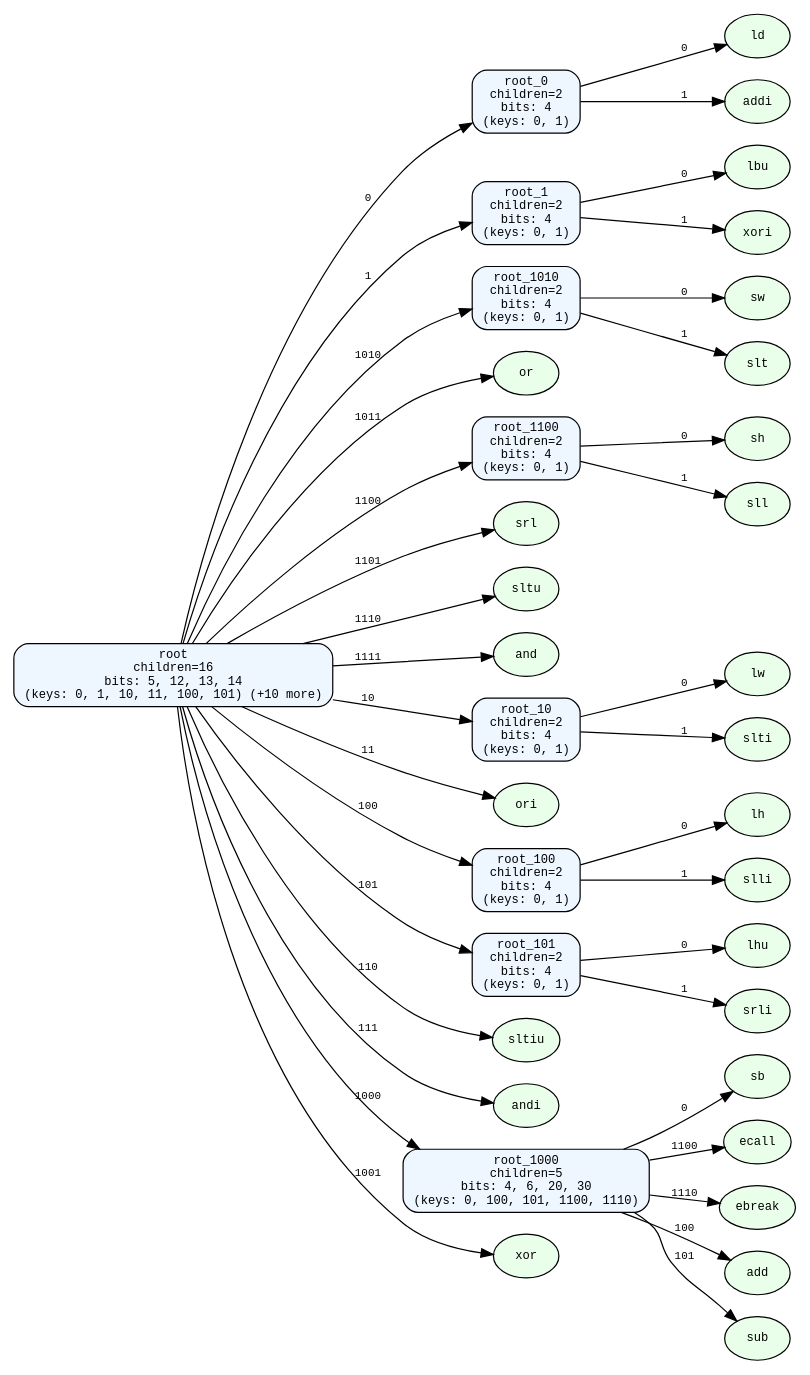
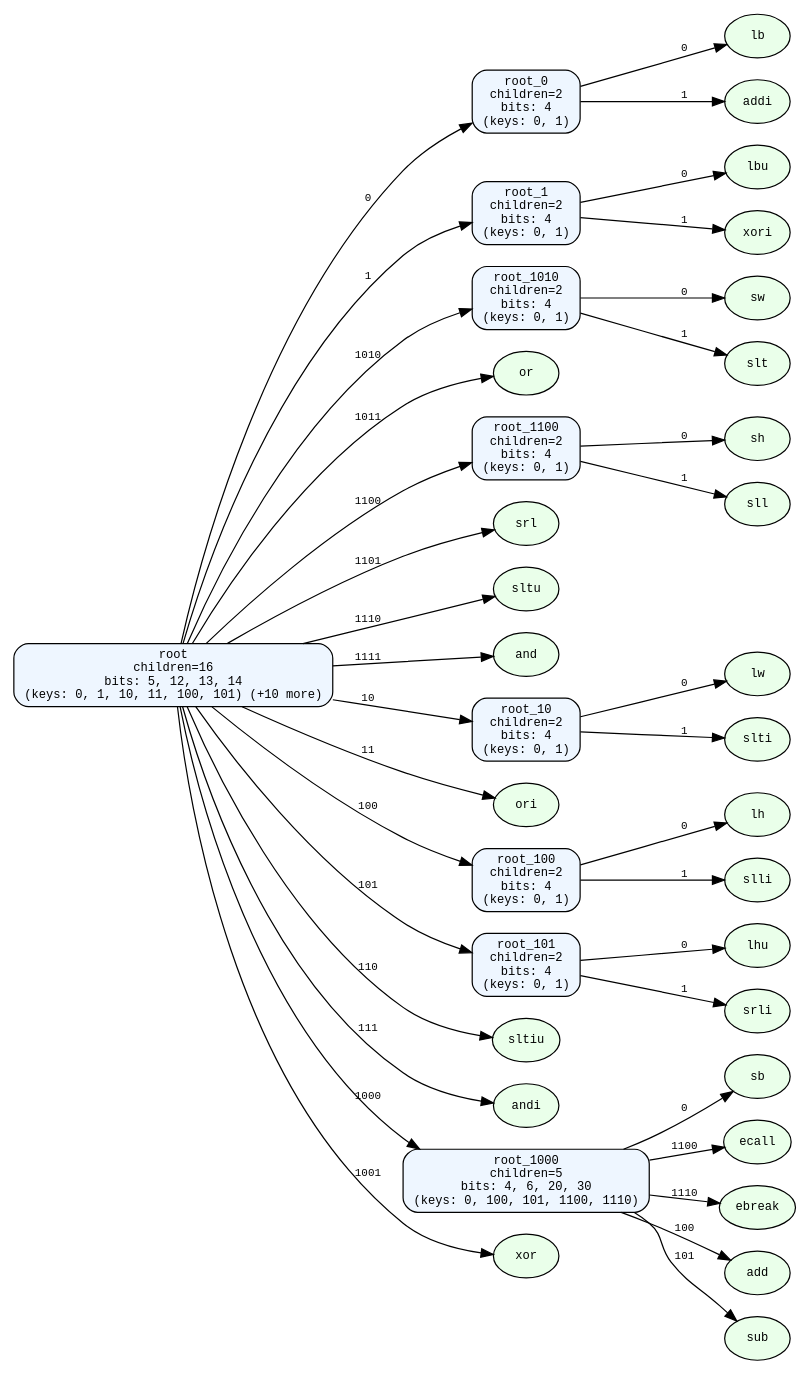
Before and after one commit to Barkir/ProtDSL: the diagram in dot/tree.dot, drawn with Graphviz. The commit also changed 12 other files, not shown here.

```diff
--- a/dot/tree.dot
+++ b/dot/tree.dot
@@ -1,77 +1,77 @@
 digraph Decoder {
   rankdir=LR;
   graph [fontname="Helvetica"];
   node [shape=box, style="rounded,filled", fillcolor="#f8fbff", fontname="monospace", fontsize=10];
   edge [fontname="monospace", fontsize=9];
   "root" [label="root\nchildren=16\nbits: 5, 12, 13, 14\n(keys: 0, 1, 10, 11, 100, 101) (+10 more)", fillcolor="#eef6ff"];
   "root" -> "root_0" [label="0"];
   "root_0" [label="root_0\nchildren=2\nbits: 4\n(keys: 0, 1)", fillcolor="#eef6ff"];
   "root_0" -> "root_0_0" [label="0"];
-  "root_0_0" [label="ld", shape=ellipse, fillcolor="#eaffea"];
+  "root_0_0" [label="lb", shape=ellipse, fillcolor="#eaffea"];
   "root_0" -> "root_0_1" [label="1"];
   "root_0_1" [label="addi", shape=ellipse, fillcolor="#eaffea"];
   "root" -> "root_1" [label="1"];
   "root_1" [label="root_1\nchildren=2\nbits: 4\n(keys: 0, 1)", fillcolor="#eef6ff"];
   "root_1" -> "root_1_0" [label="0"];
   "root_1_0" [label="lbu", shape=ellipse, fillcolor="#eaffea"];
   "root_1" -> "root_1_1" [label="1"];
   "root_1_1" [label="xori", shape=ellipse, fillcolor="#eaffea"];
   "root" -> "root_1010" [label="1010"];
   "root_1010" [label="root_1010\nchildren=2\nbits: 4\n(keys: 0, 1)", fillcolor="#eef6ff"];
   "root_1010" -> "root_1010_0" [label="0"];
   "root_1010_0" [label="sw", shape=ellipse, fillcolor="#eaffea"];
   "root_1010" -> "root_1010_1" [label="1"];
   "root_1010_1" [label="slt", shape=ellipse, fillcolor="#eaffea"];
   "root" -> "root_1011" [label="1011"];
   "root_1011" [label="or", shape=ellipse, fillcolor="#eaffea"];
   "root" -> "root_1100" [label="1100"];
   "root_1100" [label="root_1100\nchildren=2\nbits: 4\n(keys: 0, 1)", fillcolor="#eef6ff"];
   "root_1100" -> "root_1100_0" [label="0"];
   "root_1100_0" [label="sh", shape=ellipse, fillcolor="#eaffea"];
   "root_1100" -> "root_1100_1" [label="1"];
   "root_1100_1" [label="sll", shape=ellipse, fillcolor="#eaffea"];
   "root" -> "root_1101" [label="1101"];
   "root_1101" [label="srl", shape=ellipse, fillcolor="#eaffea"];
   "root" -> "root_1110" [label="1110"];
   "root_1110" [label="sltu", shape=ellipse, fillcolor="#eaffea"];
   "root" -> "root_1111" [label="1111"];
   "root_1111" [label="and", shape=ellipse, fillcolor="#eaffea"];
   "root" -> "root_10" [label="10"];
   "root_10" [label="root_10\nchildren=2\nbits: 4\n(keys: 0, 1)", fillcolor="#eef6ff"];
   "root_10" -> "root_10_0" [label="0"];
   "root_10_0" [label="lw", shape=ellipse, fillcolor="#eaffea"];
   "root_10" -> "root_10_1" [label="1"];
   "root_10_1" [label="slti", shape=ellipse, fillcolor="#eaffea"];
   "root" -> "root_11" [label="11"];
   "root_11" [label="ori", shape=ellipse, fillcolor="#eaffea"];
   "root" -> "root_100" [label="100"];
   "root_100" [label="root_100\nchildren=2\nbits: 4\n(keys: 0, 1)", fillcolor="#eef6ff"];
   "root_100" -> "root_100_0" [label="0"];
   "root_100_0" [label="lh", shape=ellipse, fillcolor="#eaffea"];
   "root_100" -> "root_100_1" [label="1"];
   "root_100_1" [label="slli", shape=ellipse, fillcolor="#eaffea"];
   "root" -> "root_101" [label="101"];
   "root_101" [label="root_101\nchildren=2\nbits: 4\n(keys: 0, 1)", fillcolor="#eef6ff"];
   "root_101" -> "root_101_0" [label="0"];
   "root_101_0" [label="lhu", shape=ellipse, fillcolor="#eaffea"];
   "root_101" -> "root_101_1" [label="1"];
   "root_101_1" [label="srli", shape=ellipse, fillcolor="#eaffea"];
   "root" -> "root_110" [label="110"];
   "root_110" [label="sltiu", shape=ellipse, fillcolor="#eaffea"];
   "root" -> "root_111" [label="111"];
   "root_111" [label="andi", shape=ellipse, fillcolor="#eaffea"];
   "root" -> "root_1000" [label="1000"];
   "root_1000" [label="root_1000\nchildren=5\nbits: 4, 6, 20, 30\n(keys: 0, 100, 101, 1100, 1110)", fillcolor="#eef6ff"];
   "root_1000" -> "root_1000_0" [label="0"];
   "root_1000_0" [label="sb", shape=ellipse, fillcolor="#eaffea"];
   "root_1000" -> "root_1000_1100" [label="1100"];
   "root_1000_1100" [label="ecall", shape=ellipse, fillcolor="#eaffea"];
   "root_1000" -> "root_1000_1110" [label="1110"];
   "root_1000_1110" [label="ebreak", shape=ellipse, fillcolor="#eaffea"];
   "root_1000" -> "root_1000_100" [label="100"];
   "root_1000_100" [label="add", shape=ellipse, fillcolor="#eaffea"];
   "root_1000" -> "root_1000_101" [label="101"];
   "root_1000_101" [label="sub", shape=ellipse, fillcolor="#eaffea"];
   "root" -> "root_1001" [label="1001"];
   "root_1001" [label="xor", shape=ellipse, fillcolor="#eaffea"];
 }
```
